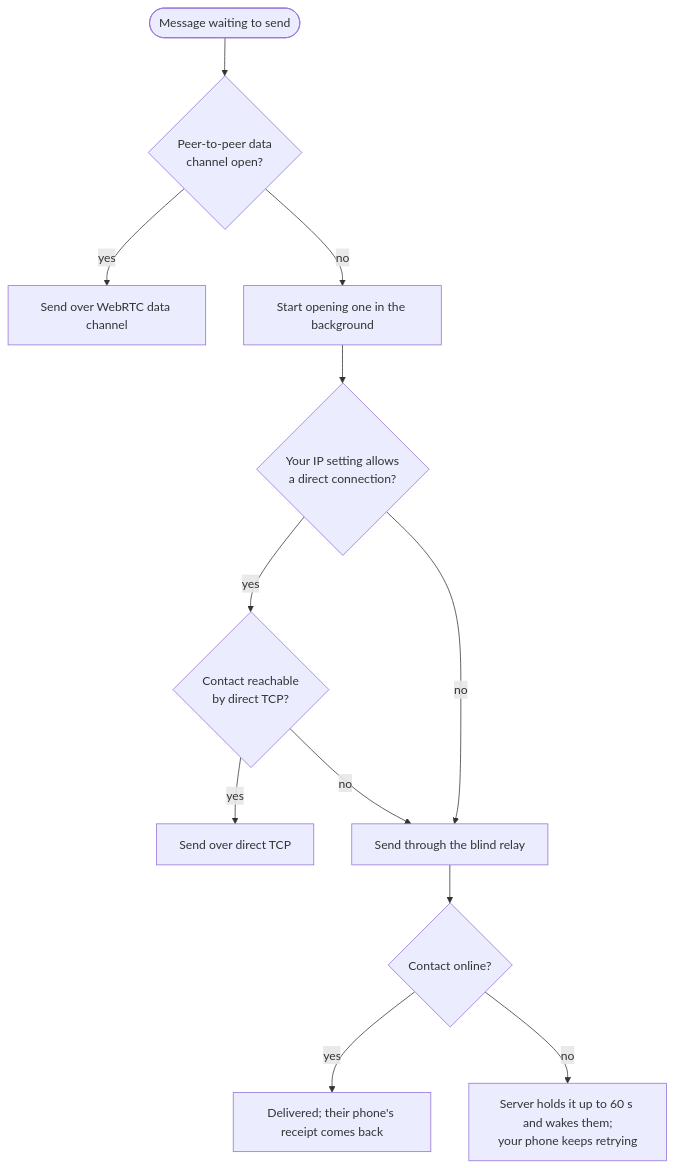
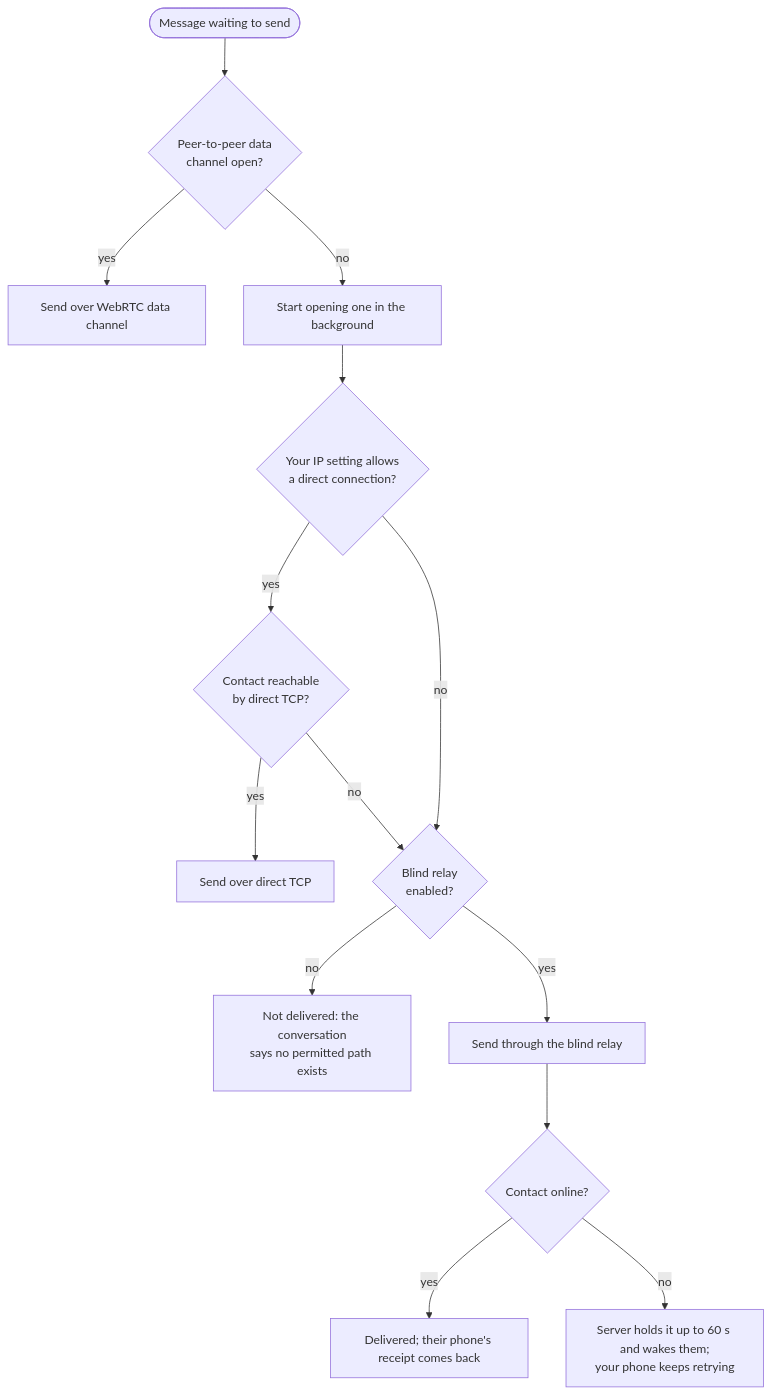
One commit to someamount2190/Aurora-Messenger-Android-Messenger-Secure-by-Design-Architecture changed the fifth of 8 diagrams in README.md. Above: the diagram before and after it, drawn with Mermaid. The commit also changed other lines of this file and 48 other files, not shown here.

````diff
--- a/README.md
+++ b/README.md
@@ -257,13 +257,15 @@
 ```mermaid
 flowchart TD
   START(["Message waiting to send"]) --> RTC{"Peer-to-peer data<br/>channel open?"}
   RTC -->|yes| SEND1["Send over WebRTC data channel"]
   RTC -->|no| WARM["Start opening one in the background"] --> POL{"Your IP setting allows<br/>a direct connection?"}
   POL -->|yes| TCP{"Contact reachable<br/>by direct TCP?"}
   TCP -->|yes| SEND2["Send over direct TCP"]
-  TCP -->|no| RELAY
-  POL -->|no| RELAY["Send through the blind relay"]
+  TCP -->|no| GATE{"Blind relay<br/>enabled?"}
+  POL -->|no| GATE
+  GATE -->|no| NOPATH["Not delivered: the conversation<br/>says no permitted path exists"]
+  GATE -->|yes| RELAY["Send through the blind relay"]
   RELAY --> ON{"Contact online?"}
   ON -->|yes| SEND3["Delivered; their phone's receipt comes back"]
   ON -->|no| Q["Server holds it up to 60 s and wakes them;<br/>your phone keeps retrying"]
 ```
````
